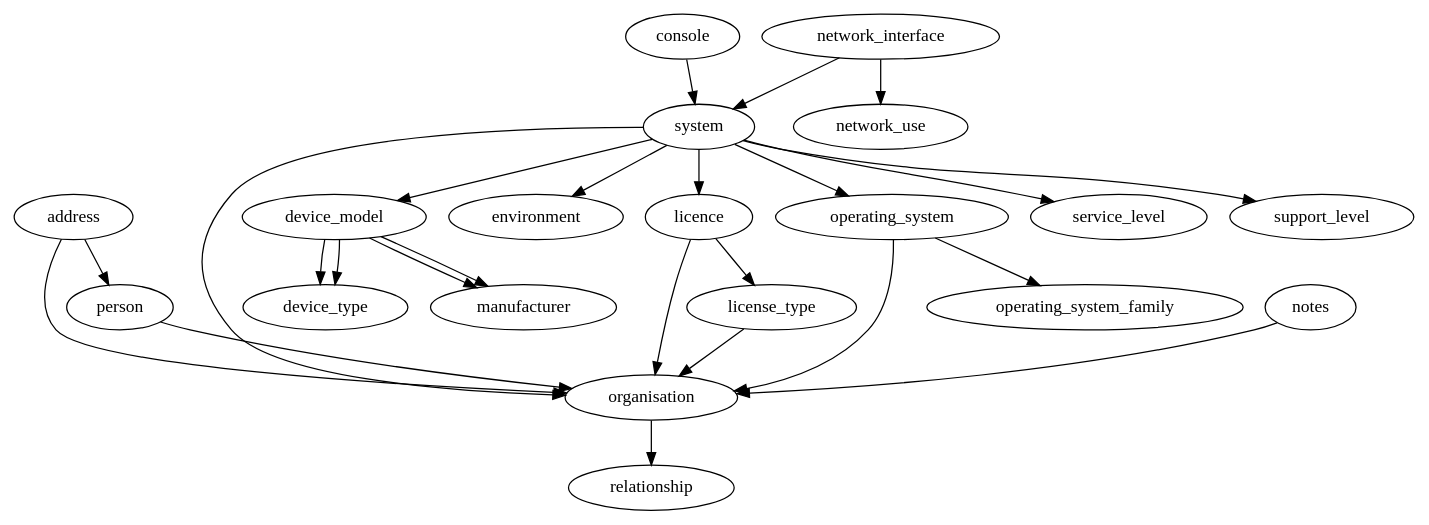
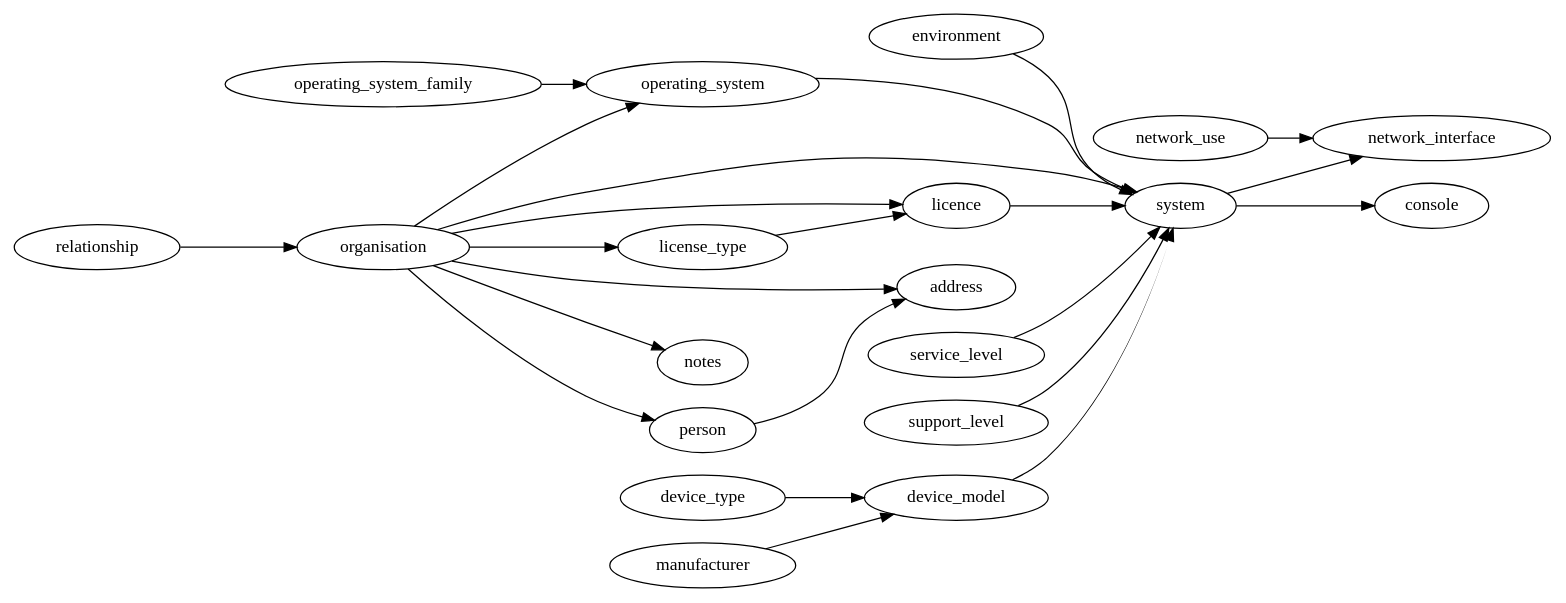
Before and after one commit to rdmarsh/mdl: the diagram in onemdl.dot, drawn with Graphviz. The commit also changed 4 other files, not shown here.

```diff
--- a/onemdl.dot
+++ b/onemdl.dot
@@ -1,46 +1,27 @@
 digraph onemdl {
-	address -> organisation;
-	address -> person;
+	rankdir=LR
+	arrowtail=none
 
-	console -> system;
-
-	device_model -> device_type;
-	device_model -> manufacturer;
-	system -> device_model;
-
-	device_model -> device_type;
-	
-	system -> environment;
-
-	license_type -> organisation;
-
-	licence -> license_type;
-
-	licence -> organisation;
-
-	system -> licence;
-
-	device_model -> manufacturer;
-
-
-	network_interface -> network_use;
-	network_interface -> system;
-
-	operating_system -> operating_system_family;
-
-	operating_system -> organisation;
-
-	system -> operating_system;
-
-	organisation -> relationship;
-
-	system -> service_level;
-
-	system -> support_level;
-
-
-	system -> organisation;
-	person -> organisation;
-	notes -> organisation;
-
-}	
+	device_model -> system [style=tapered]
+	device_type -> device_model
+	environment -> system
+	licence -> system
+	license_type -> licence
+	manufacturer -> device_model
+	network_use -> network_interface
+	operating_system -> system
+	operating_system_family -> operating_system
+	organisation -> address
+	organisation -> licence
+	organisation -> license_type
+	organisation -> notes
+	organisation -> operating_system
+	organisation -> person
+	organisation -> system
+	person -> address
+	relationship -> organisation
+	service_level -> system
+	support_level -> system
+	system -> console
+	system -> network_interface
+}
```
